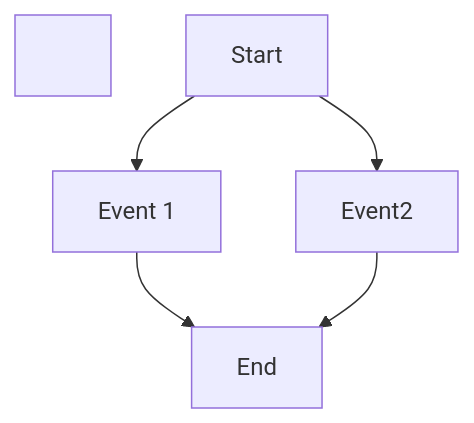
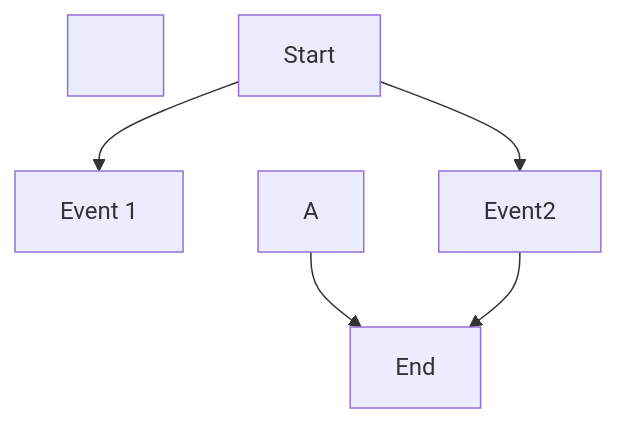
The diagram in README.md (LbsLundAW/DiceGame-Examples), drawn with Mermaid before and after one commit.

````diff
--- a/README.md
+++ b/README.md
@@ -7,13 +7,13 @@
 ```mermaid
 
 flowchart TD;
 
-&nbsp;	Start-->Event1\[Event 1];
+&nbsp;	Start-->A\[Event 1];
 
 &nbsp;	Start-->Event2;
 
-&nbsp;	Event1\[Event 1]-->End;
+&nbsp;	A-->End;
 
 &nbsp;	Event2-->End;
 
 ```
````
